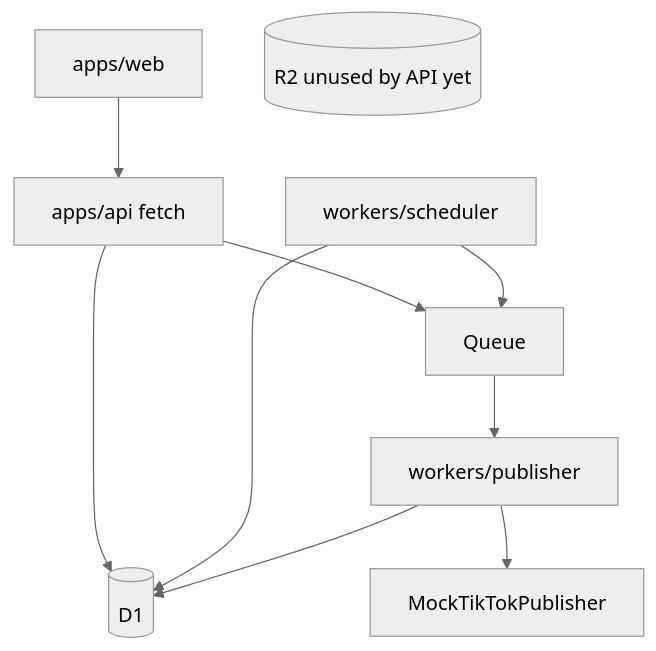
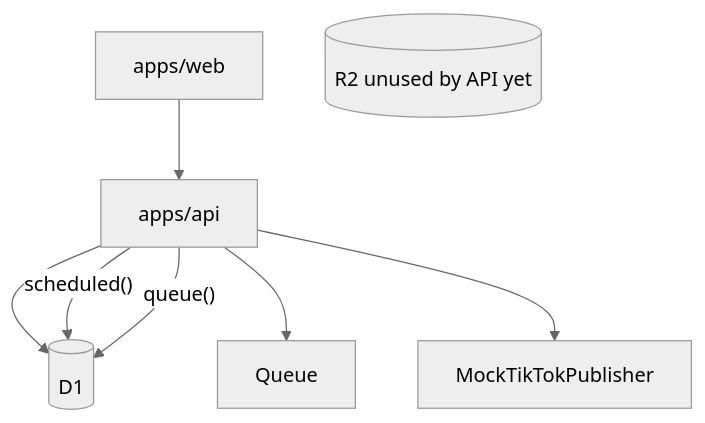
One commit to hptbee/b3_affiliate-autopilot changed the diagram in docs/IMPLEMENTATION-PLAN.md. Above: the diagram before and after it, drawn with Mermaid (neutral theme). The commit also changed other lines of this file and 29 other files, not shown here.

First line of the commit message:
Complete Phase 0 architecture hardening.

````diff
--- a/docs/IMPLEMENTATION-PLAN.md
+++ b/docs/IMPLEMENTATION-PLAN.md
@@ -26,20 +26,16 @@
 ```mermaid
 flowchart TD
     Web[apps/web]
-    API[apps/api fetch]
+    API[apps/api]
     D1[(D1)]
     R2[(R2 unused by API yet)]
     Q[Queue]
-    Cron[workers/scheduler]
-    Pub[workers/publisher]
     Mock[MockTikTokPublisher]
 
     Web --> API
     API --> D1
     API --> Q
-    Cron --> D1
-    Cron --> Q
-    Q --> Pub
-    Pub --> D1
-    Pub --> Mock
+    API -->|"scheduled()"| D1
+    API -->|"queue()"| D1
+    API --> Mock
 ```
````
